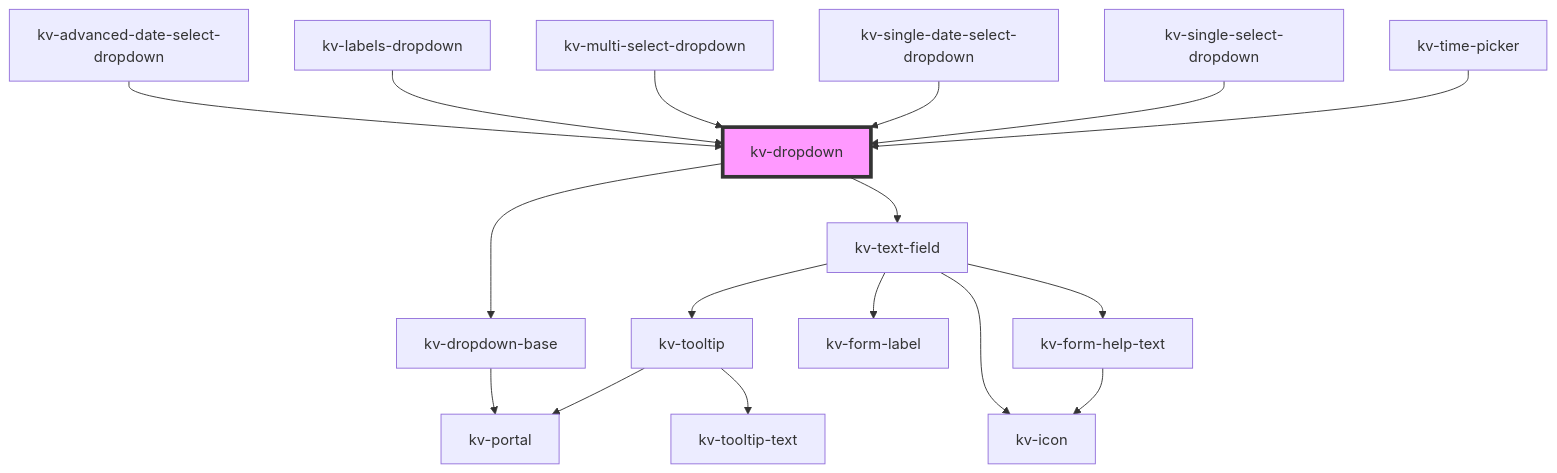
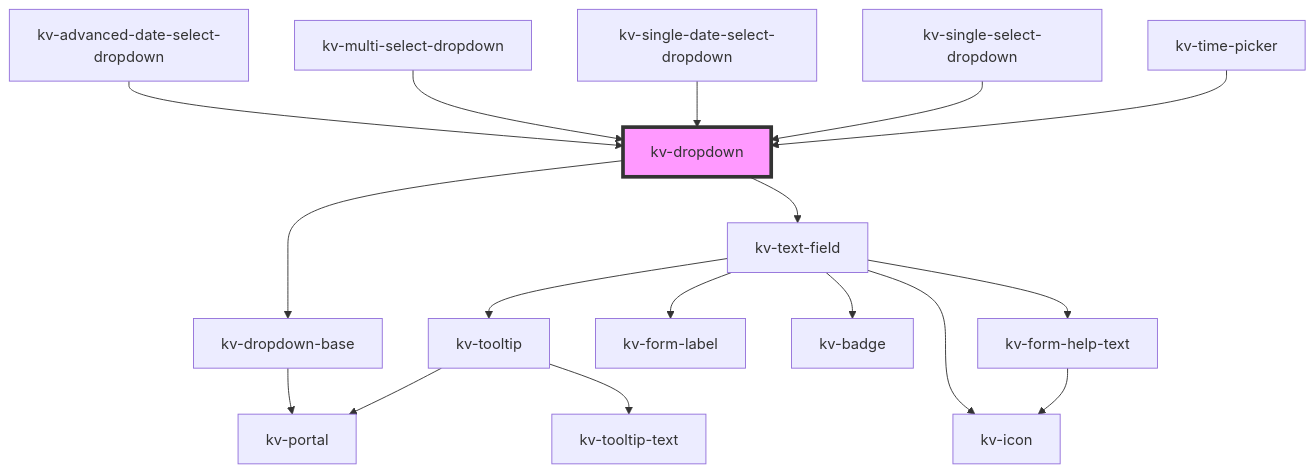
Before and after one commit to kelvininc/ui-components: the diagram in packages/ui-components/src/components/dropdown/readme.md, drawn with Mermaid. The commit also changed other lines of this file and 48 other files, not shown here.

Commit message:
feat(text-field): add value prefix and badge

````diff
--- a/packages/ui-components/src/components/dropdown/readme.md
+++ b/packages/ui-components/src/components/dropdown/readme.md
@@ -143,20 +142,20 @@
 ```mermaid
 graph TD;
   kv-dropdown --> kv-dropdown-base
   kv-dropdown --> kv-text-field
   kv-dropdown-base --> kv-portal
   kv-text-field --> kv-tooltip
   kv-text-field --> kv-form-label
   kv-text-field --> kv-icon
+  kv-text-field --> kv-badge
   kv-text-field --> kv-form-help-text
   kv-tooltip --> kv-portal
   kv-tooltip --> kv-tooltip-text
   kv-form-help-text --> kv-icon
   kv-advanced-date-select-dropdown --> kv-dropdown
-  kv-labels-dropdown --> kv-dropdown
   kv-multi-select-dropdown --> kv-dropdown
   kv-single-date-select-dropdown --> kv-dropdown
   kv-single-select-dropdown --> kv-dropdown
   kv-time-picker --> kv-dropdown
   style kv-dropdown fill:#f9f,stroke:#333,stroke-width:4px
 ```
````
